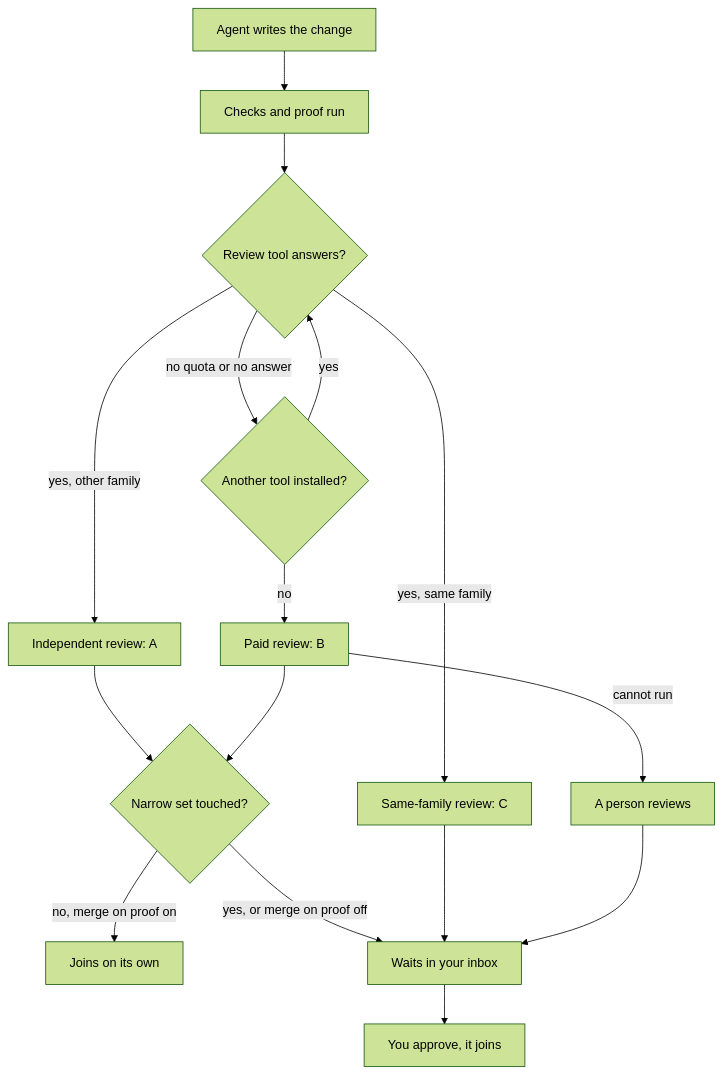
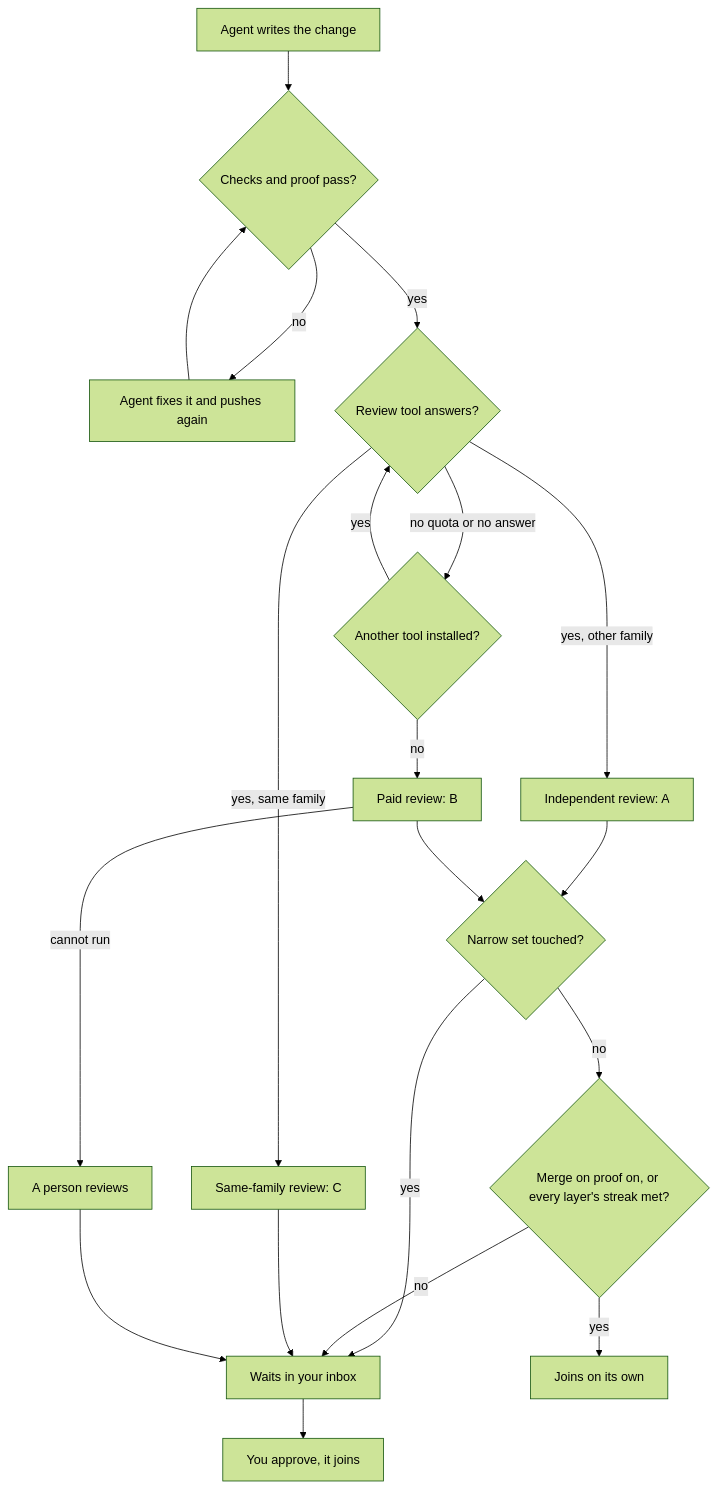
One commit to rahulnakmol/agentic-ayudha changed the diagram in docs/releases/v0.3.0.md. Above: the diagram before and after it, drawn with Mermaid (forest theme). The commit also changed other lines of this file and 1 other file, not shown here.

Commit message:
docs(release): show the streak and failure paths and grok's fallback order
The v0.3.0 diagram now sends failed checks or proof back to the agent
and lets a change join on its own on a met streak with proof off.
The CHANGELOG and the page say that a chosen grok falls back to the
apps, then a person, with no second paid attempt.

Aayudha-Host: amp
Aayudha-Model: claude-opus-5-5
Amp-Thread-ID: https://ampcode.com/threads/T-01a14f47-25f7-765e-beca-08cf353489ae

````diff
--- a/docs/releases/v0.3.0.md
+++ b/docs/releases/v0.3.0.md
@@ -106,18 +106,22 @@
 ```mermaid
 flowchart TD
-    A[Agent writes the change] --> B[Checks and proof run]
-    B --> D{Review tool answers?}
+    A[Agent writes the change] --> B{Checks and proof pass?}
+    B -->|no| R[Agent fixes it and pushes again]
+    R --> B
+    B -->|yes| D{Review tool answers?}
     D -->|yes, other family| E[Independent review: A]
     D -->|yes, same family| C3[Same-family review: C]
     D -->|no quota or no answer| N{Another tool installed?}
     N -->|yes| D
     N -->|no| F[Paid review: B]
     F -->|cannot run| P[A person reviews]
     E --> G{Narrow set touched?}
     F --> G
-    G -->|no, merge on proof on| H[Joins on its own]
-    G -->|yes, or merge on proof off| I[Waits in your inbox]
+    G -->|yes| I[Waits in your inbox]
+    G -->|no| K{Merge on proof on, or every layer's streak met?}
+    K -->|yes| H[Joins on its own]
+    K -->|no| I
     C3 --> I
     P --> I
     I --> J[You approve, it joins]
 ```
````
